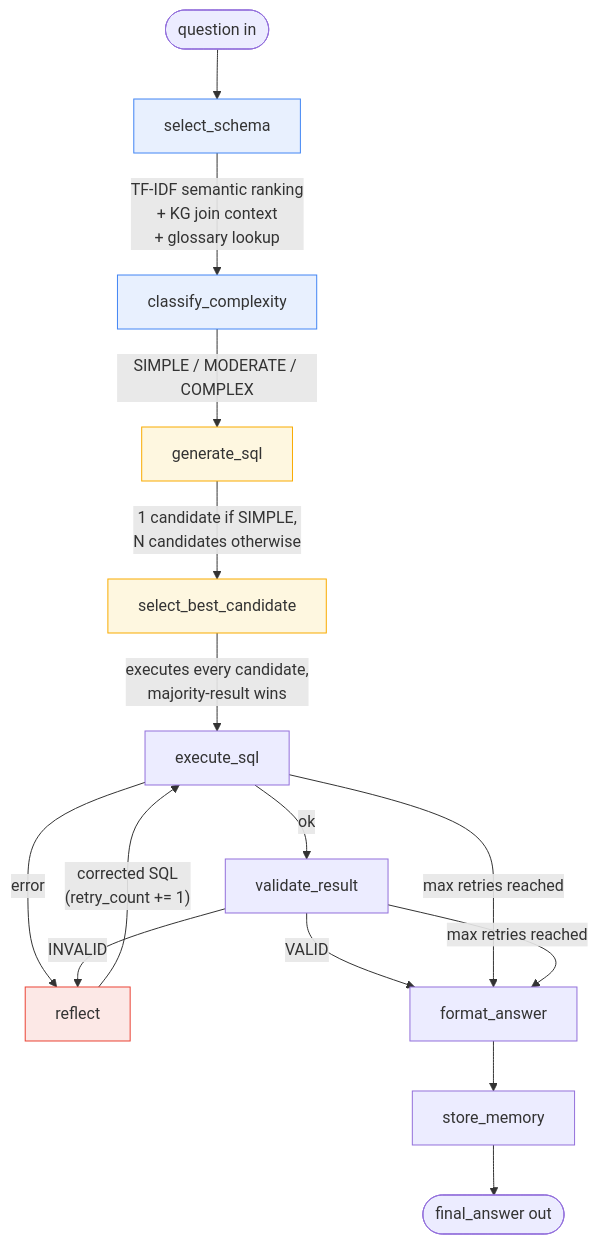
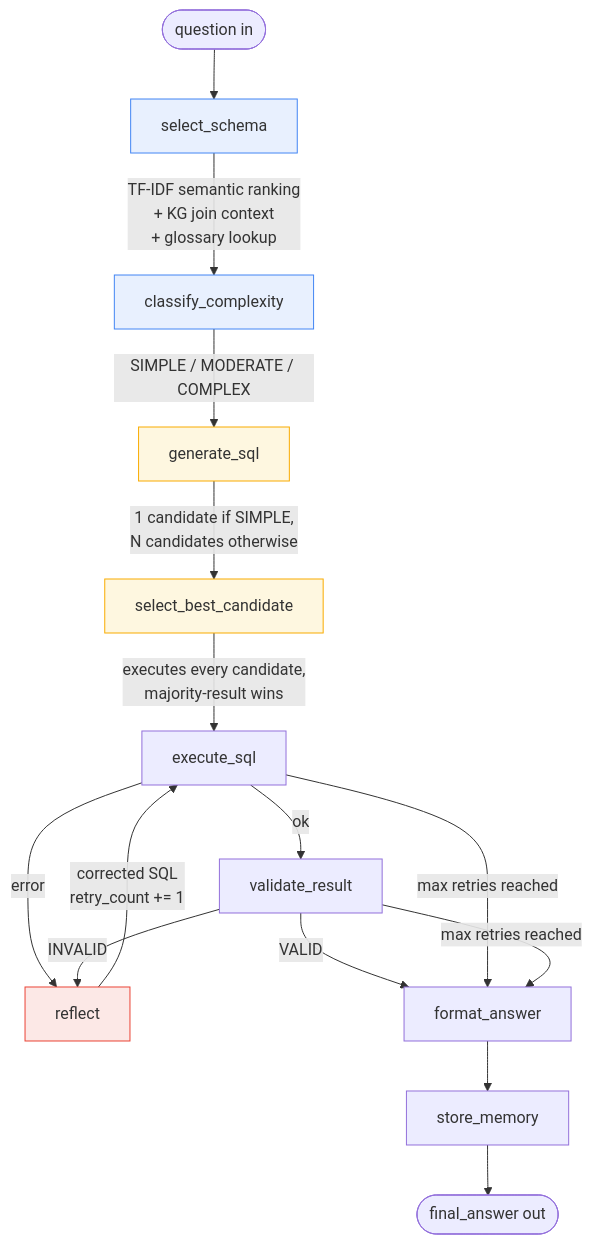
Before and after one commit to subrata-samanta/universal-text2sql: the second of 3 diagrams in README.md, drawn with Mermaid. The commit also changed other lines of this file, not shown here.

First line of the commit message:
Fix broken Mermaid diagrams in README

````diff
--- a/README.md
+++ b/README.md
@@ -85,23 +78,23 @@
 ```mermaid
 flowchart TD
-    START(["question in"]) --> SEL[select_schema]
-    SEL -->|"TF-IDF semantic ranking\n+ KG join context\n+ glossary lookup"| CLS[classify_complexity]
+    QIN(["question in"]) --> SEL[select_schema]
+    SEL -->|"TF-IDF semantic ranking<br/>+ KG join context<br/>+ glossary lookup"| CLS[classify_complexity]
     CLS -->|"SIMPLE / MODERATE / COMPLEX"| GEN[generate_sql]
-    GEN -->|"1 candidate if SIMPLE,\nN candidates otherwise"| VOTE[select_best_candidate]
-    VOTE -->|"executes every candidate,\nmajority-result wins"| EXEC[execute_sql]
+    GEN -->|"1 candidate if SIMPLE,<br/>N candidates otherwise"| VOTE[select_best_candidate]
+    VOTE -->|"executes every candidate,<br/>majority-result wins"| EXEC[execute_sql]
     EXEC -->|error| REFLECT[reflect]
     EXEC -->|ok| VALIDATE[validate_result]
     VALIDATE -->|INVALID| REFLECT
-    REFLECT -->|"corrected SQL\n(retry_count += 1)"| EXEC
+    REFLECT -->|"corrected SQL<br/>retry_count += 1"| EXEC
     VALIDATE -->|VALID| FORMAT[format_answer]
     EXEC -->|"max retries reached"| FORMAT
     VALIDATE -->|"max retries reached"| FORMAT
     FORMAT --> STORE[store_memory]
-    STORE --> END(["final_answer out"])
+    STORE --> QOUT(["final_answer out"])
 
     style SEL fill:#e8f0fe,stroke:#4285f4
     style CLS fill:#e8f0fe,stroke:#4285f4
     style GEN fill:#fef7e0,stroke:#f9ab00
     style VOTE fill:#fef7e0,stroke:#f9ab00
     style REFLECT fill:#fce8e6,stroke:#ea4335
 ```
````
